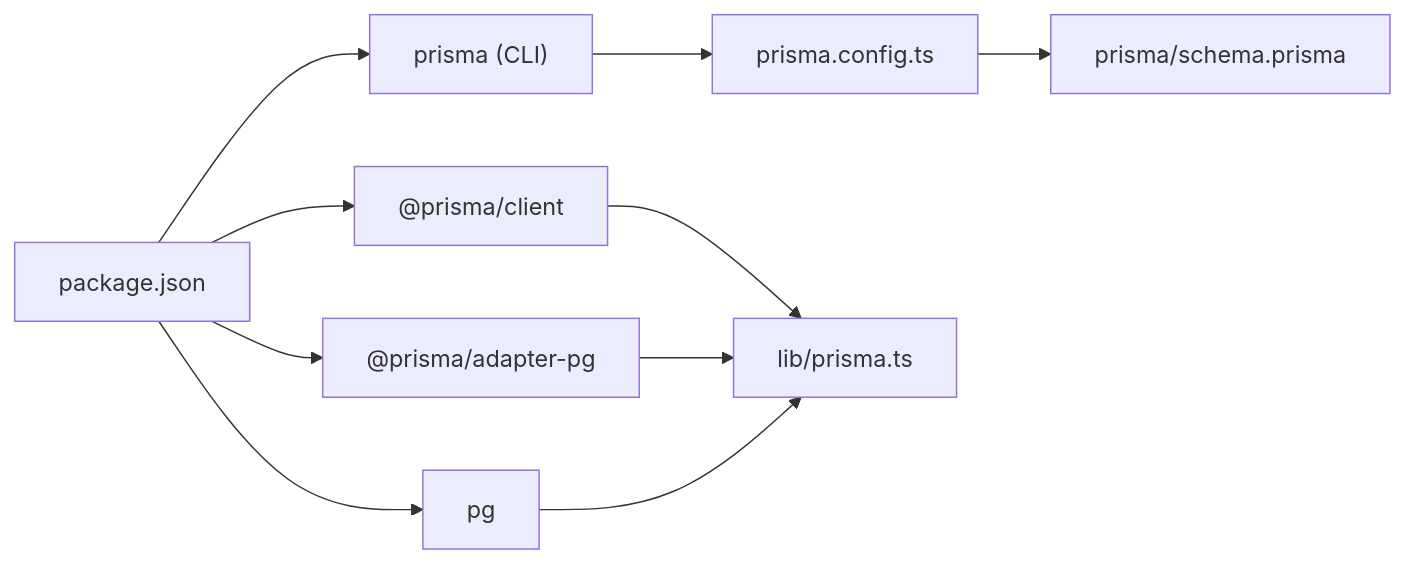
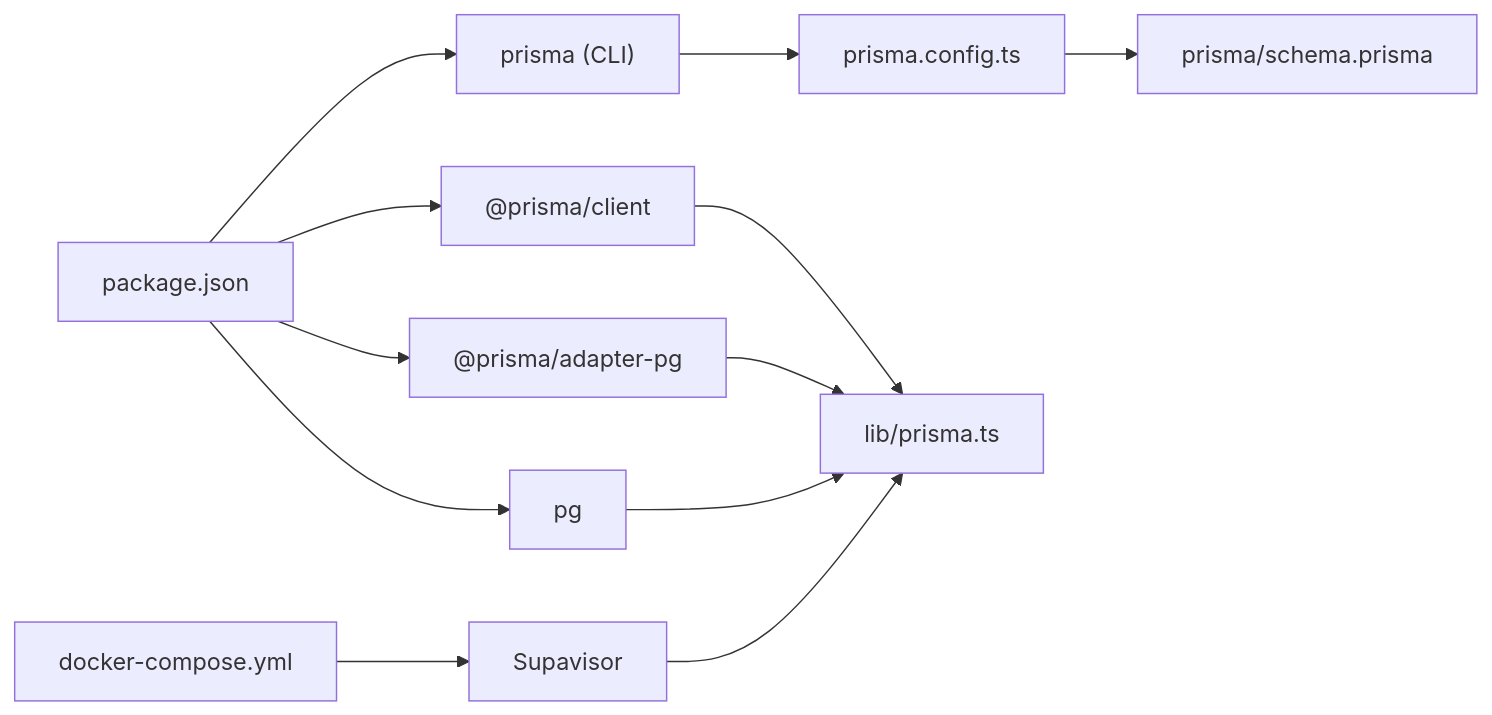
Before and after one commit to AlexKutz/math-app-next-js: diagram 11 of 11 in .qoder/repowiki/en/content/Architecture & Design/Database Design & Integration.md, drawn with Mermaid. The commit also changed other lines of this file and 9 other files, not shown here.

````diff
--- a/.qoder/repowiki/en/content/Architecture & Design/Database Design & Integration.md
+++ b/.qoder/repowiki/en/content/Architecture & Design/Database Design & Integration.md
@@ -432,12 +481,14 @@
 ```mermaid
 graph LR
 PJSON["package.json"] --> PC["@prisma/client"]
 PJSON --> PP["@prisma/adapter-pg"]
 PJSON --> PG["pg"]
 PJSON --> PRISMA["prisma (CLI)"]
 PRISMA --> CFG["prisma.config.ts"]
 CFG --> SCHEMA["prisma/schema.prisma"]
 PC --> LIBPRISMA["lib/prisma.ts"]
 PP --> LIBPRISMA
 PG --> LIBPRISMA
+DOCKER["docker-compose.yml"] --> SUPAVISOR["Supavisor"]
+SUPAVISOR --> LIBPRISMA
 ```
````
